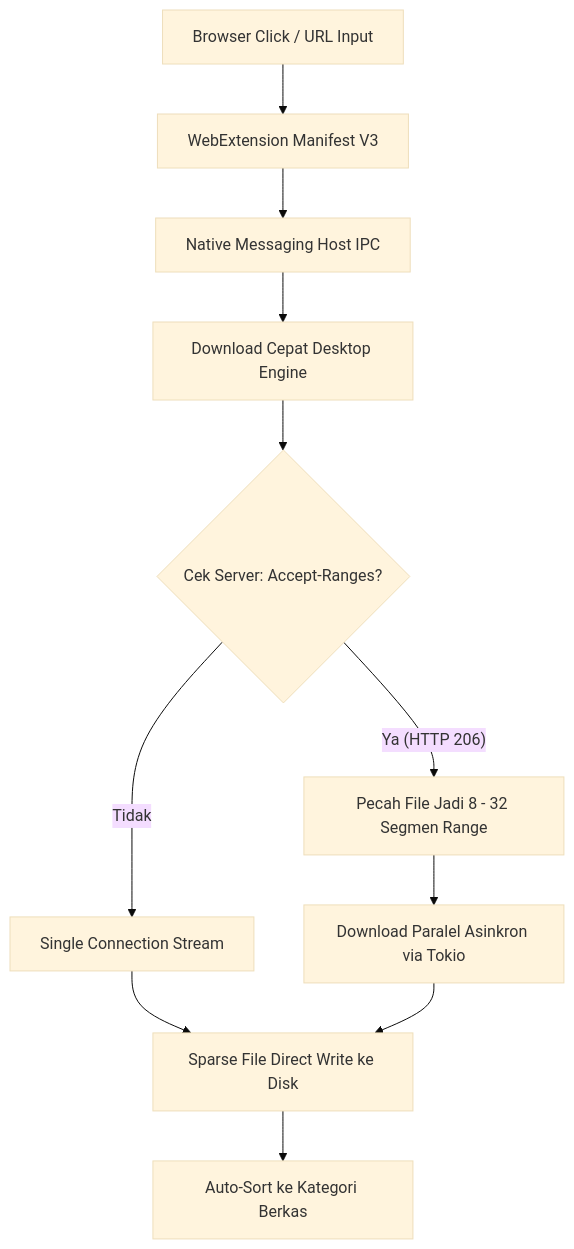
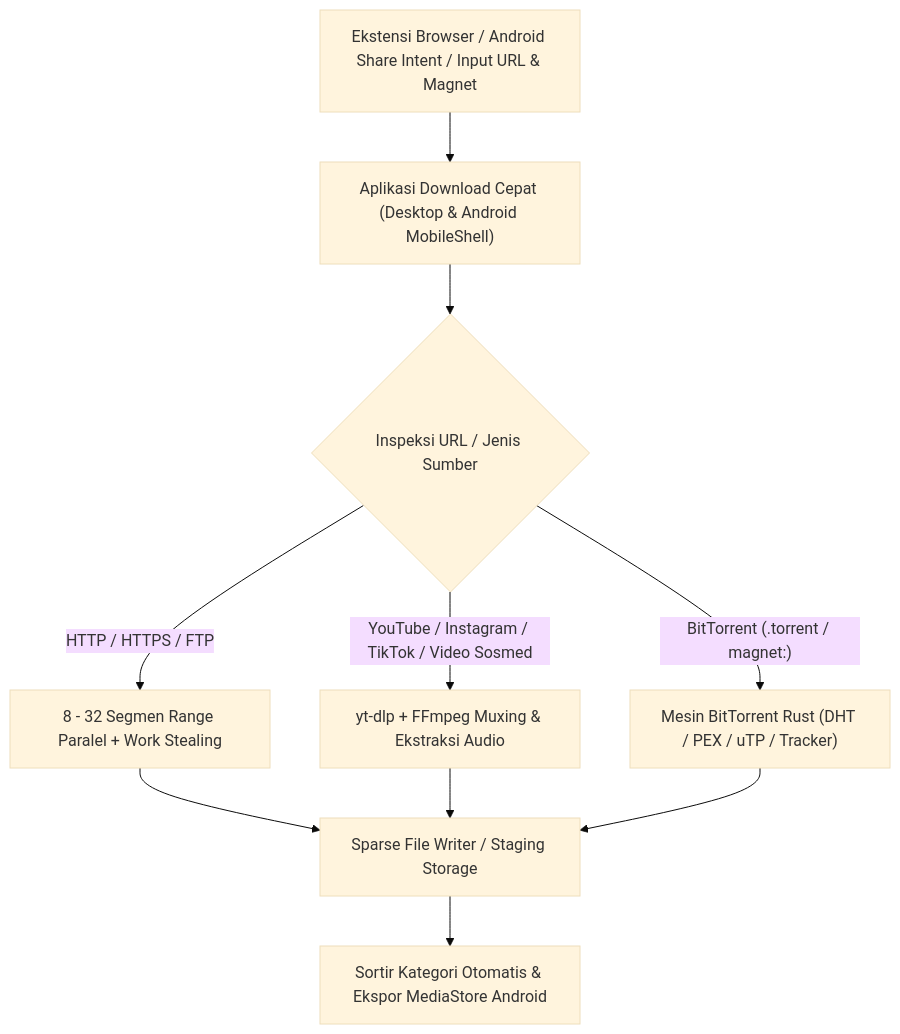
The diagram in README.id.md (moesstudio/download-cepat), drawn with Mermaid (base theme) before and after one commit. The commit also changed other lines of this file and 2 other files, not shown here.

Commit message:
docs: update README.md & README.id.md for Android, social video downloader, BitTorrent, and 16 languages

````diff
--- a/README.id.md
+++ b/README.id.md
@@ -72,13 +94,12 @@
 ```mermaid
 flowchart TD
-    A[Browser Click / URL Input] --> B[WebExtension Manifest V3]
-    B --> C[Native Messaging Host IPC]
-    C --> D[Download Cepat Desktop Engine]
-    D --> E{Cek Server: Accept-Ranges?}
-    E -- Ya (HTTP 206) --> F[Pecah File Jadi 8 - 32 Segmen Range]
-    E -- Tidak --> G[Single Connection Stream]
-    F --> H[Download Paralel Asinkron via Tokio]
-    G --> I[Sparse File Direct Write ke Disk]
-    H --> I
-    I --> J[Auto-Sort ke Kategori Berkas]
+    A["Ekstensi Browser / Android Share Intent / Input URL & Magnet"] --> B["Aplikasi Download Cepat (Desktop & Android MobileShell)"]
+    B --> C{"Inspeksi URL / Jenis Sumber"}
+    C -- "HTTP / HTTPS / FTP" --> D["8 - 32 Segmen Range Paralel + Work Stealing"]
+    C -- "YouTube / Instagram / TikTok / Video Sosmed" --> E["yt-dlp + FFmpeg Muxing & Ekstraksi Audio"]
+    C -- "BitTorrent (.torrent / magnet:)" --> F["Mesin BitTorrent Rust (DHT / PEX / uTP / Tracker)"]
+    D --> G["Sparse File Writer / Staging Storage"]
+    E --> G
+    F --> G
+    G --> H["Sortir Kategori Otomatis & Ekspor MediaStore Android"]
 ```
````
